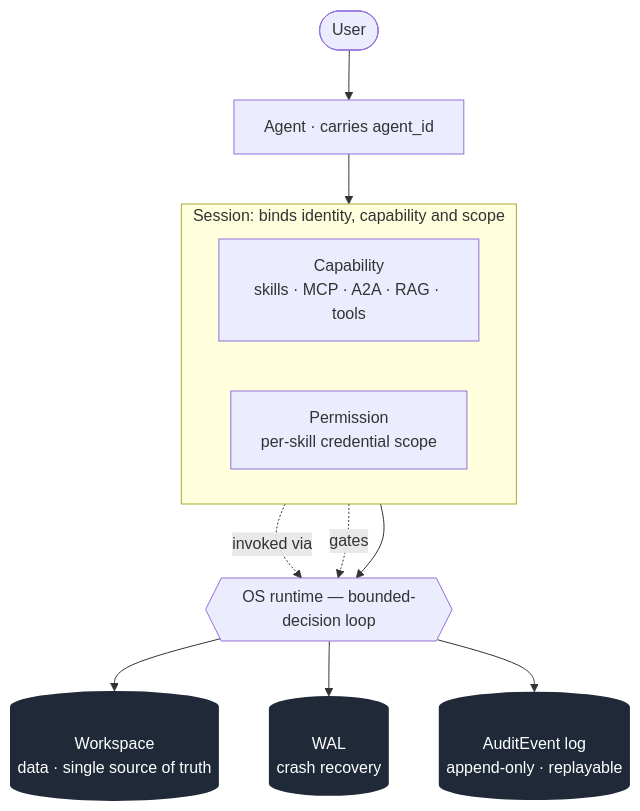
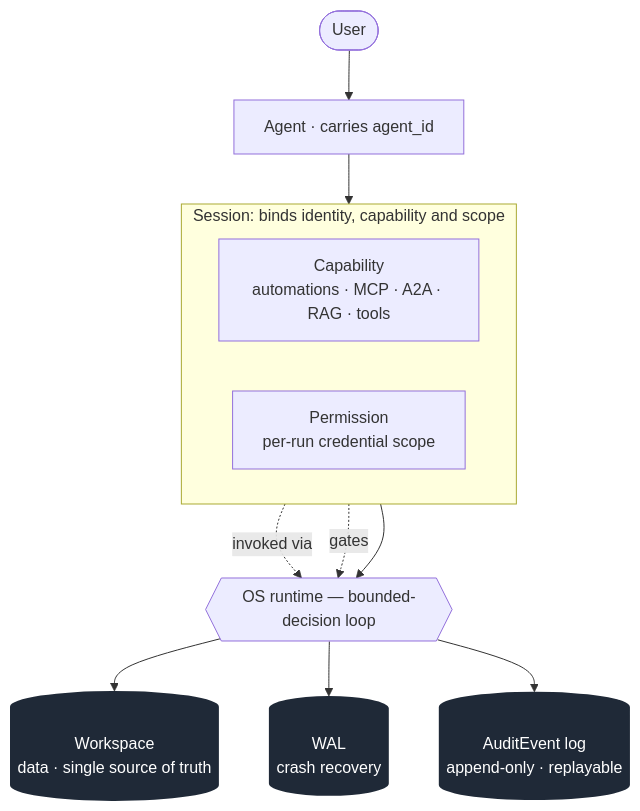
Before and after one commit to tya5/reyn: the first of 2 diagrams in README.md, drawn with Mermaid. The commit also changed other lines of this file and 147 other files, not shown here.

````diff
--- a/README.md
+++ b/README.md
@@ -100,18 +100,18 @@
 ```mermaid
 flowchart TB
     User([User]) --> Agent["Agent · carries agent_id"]
     Agent --> S
     subgraph S["Session: binds identity, capability and scope"]
       direction LR
-      Cap["Capability<br/>skills · MCP · A2A · RAG · tools"]
-      Perm["Permission<br/>per-skill credential scope"]
+      Cap["Capability<br/>automations · MCP · A2A · RAG · tools"]
+      Perm["Permission<br/>per-run credential scope"]
     end
     S --> OS{{"OS runtime — bounded-decision loop"}}
     Cap -. invoked via .-> OS
     Perm -. gates .-> OS
     OS --> WS[("Workspace<br/>data · single source of truth")]
     OS --> WAL[("WAL<br/>crash recovery")]
     OS --> AE[("AuditEvent log<br/>append-only · replayable")]
     classDef store fill:#1f2937,color:#fff,stroke:none;
     class WS,WAL,AE store;
 ```
````
